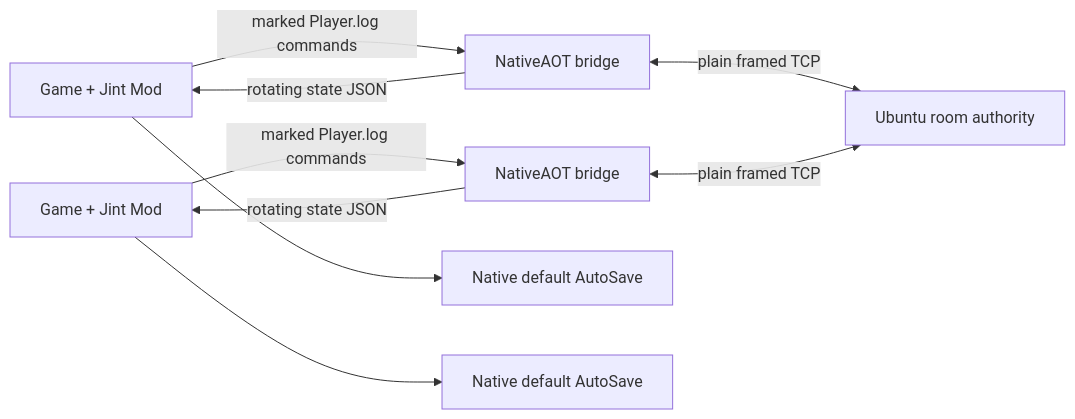
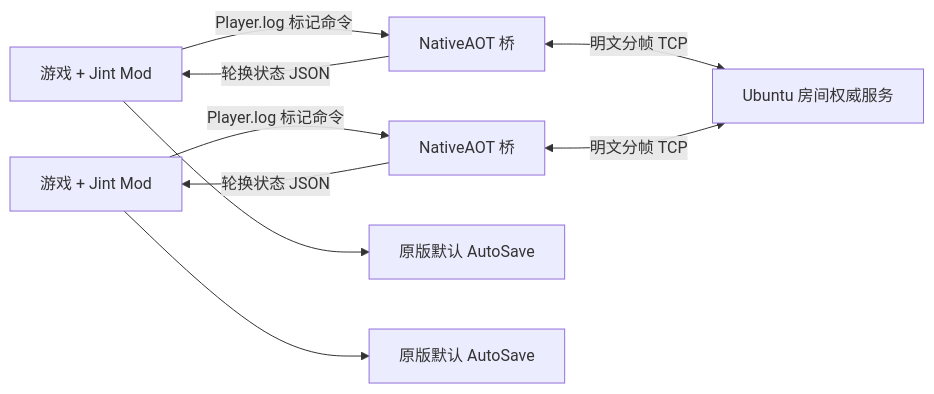
Before and after one commit to Sakura-QoQ/Multiplayer-Mod: the diagram in docs/ARCHITECTURE.md, drawn with Mermaid. The commit also changed other lines of this file and 17 other files, not shown here.

````diff
--- a/docs/ARCHITECTURE.md
+++ b/docs/ARCHITECTURE.md
@@ -7,11 +7,11 @@
 ```mermaid
 flowchart LR
-    GameA[Game + Jint Mod] -->|marked Player.log commands| BridgeA[NativeAOT bridge]
-    BridgeA -->|rotating state JSON| GameA
-    GameB[Game + Jint Mod] -->|marked Player.log commands| BridgeB[NativeAOT bridge]
-    BridgeB -->|rotating state JSON| GameB
-    BridgeA <-->|plain framed TCP| Server[Ubuntu room authority]
-    BridgeB <-->|plain framed TCP| Server
-    GameA --> SaveA[Native default AutoSave]
-    GameB --> SaveB[Native default AutoSave]
+    GameA[游戏 + Jint Mod] -->|Player.log 标记命令| BridgeA[NativeAOT 桥]
+    BridgeA -->|轮换状态 JSON| GameA
+    GameB[游戏 + Jint Mod] -->|Player.log 标记命令| BridgeB[NativeAOT 桥]
+    BridgeB -->|轮换状态 JSON| GameB
+    BridgeA <-->|明文分帧 TCP| Server[Ubuntu 房间权威服务]
+    BridgeB <-->|明文分帧 TCP| Server
+    GameA --> SaveA[原版默认 AutoSave]
+    GameB --> SaveB[原版默认 AutoSave]
 ```
````
